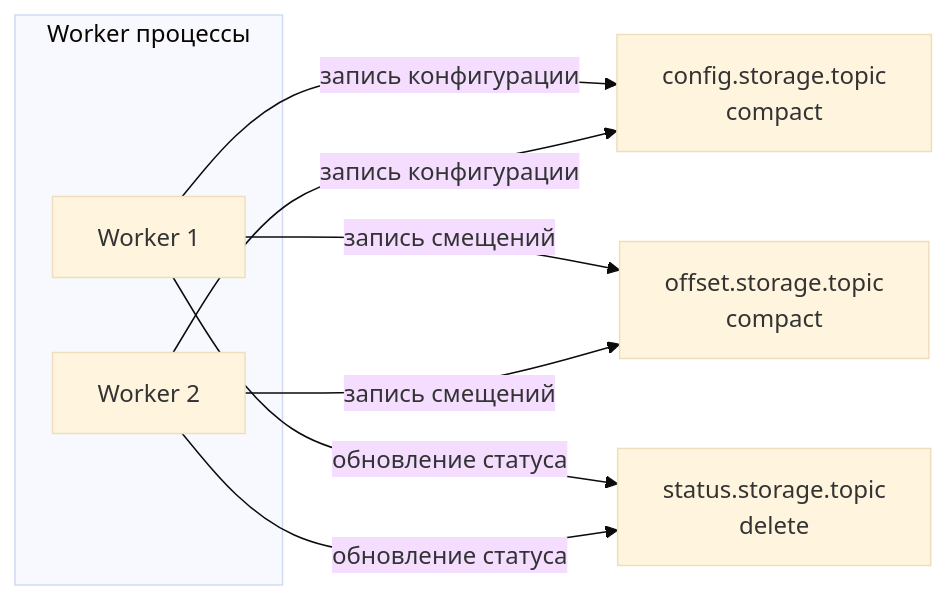
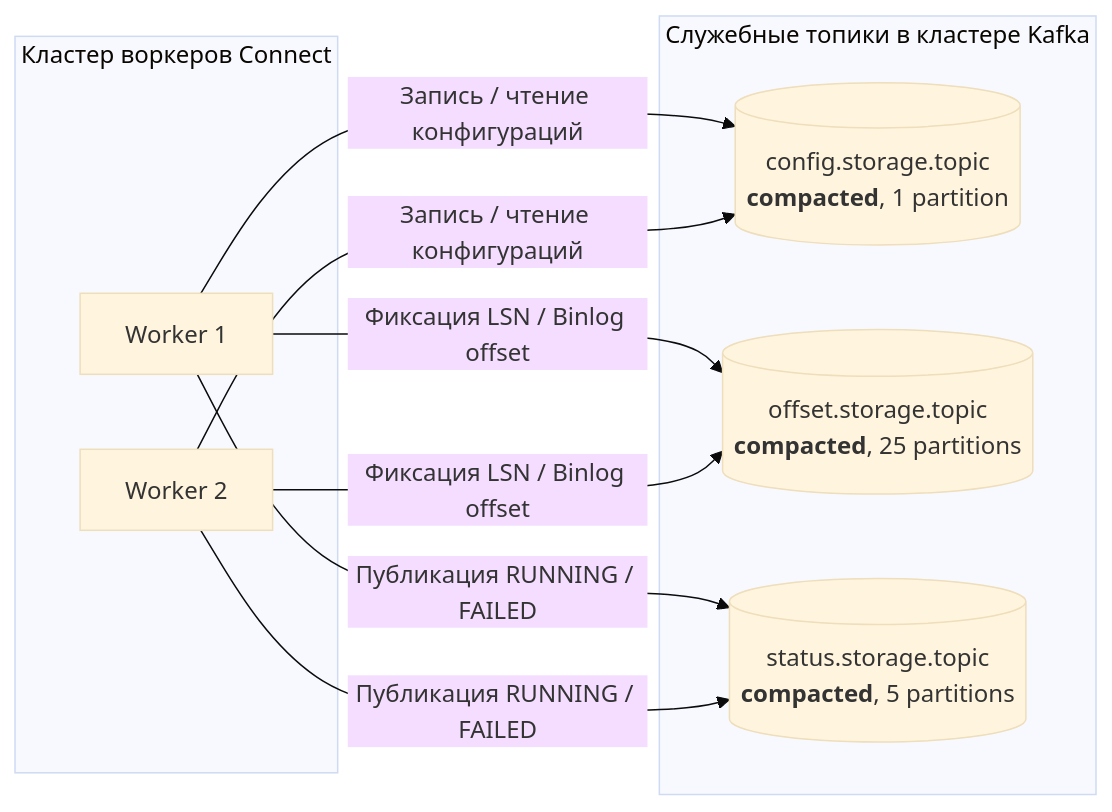
Before and after one commit to UnrealTemplier/go-textbook: the second of 3 diagrams in sources/13. Очереди, брокеры сообщений и оркестраторы/03. Kafka/10. Kafka Connect.md, drawn with Mermaid (base theme). The commit also changed other lines of this file, not shown here.

Commit message:
feat(module-13): editorial rewrite of lecture 10 in Subsection 3 (Kafka) in Kernighan style

````diff
--- a/sources/13. Очереди, брокеры сообщений и оркестраторы/03. Kafka/10. Kafka Connect.md
+++ b/sources/13. Очереди, брокеры сообщений и оркестраторы/03. Kafka/10. Kafka Connect.md
@@ -47,13 +93,17 @@
 ```mermaid
 flowchart LR
-    subgraph "Worker процессы"
+    subgraph Workers["Кластер воркеров Connect"]
         W1["Worker 1"]
         W2["Worker 2"]
     end
-    W1 -->|"запись конфигурации"| CT["config.storage.topic<br>compact"]
-    W2 -->|"запись конфигурации"| CT
-    W1 -->|"запись смещений"| OT["offset.storage.topic<br>compact"]
-    W2 -->|"запись смещений"| OT
-    W1 -->|"обновление статуса"| ST["status.storage.topic<br>delete"]
-    W2 -->|"обновление статуса"| ST
+
+    subgraph InternalTopics["Служебные топики в кластере Kafka"]
+        CT[("config.storage.topic<br><b>compacted</b>, 1 partition")]
+        OT[("offset.storage.topic<br><b>compacted</b>, 25 partitions")]
+        ST[("status.storage.topic<br><b>compacted</b>, 5 partitions")]
+    end
+
+    W1 & W2 -->|"Запись / чтение конфигураций"| CT
+    W1 & W2 -->|"Фиксация LSN / Binlog offset"| OT
+    W1 & W2 -->|"Публикация RUNNING / FAILED"| ST
 ```
````
